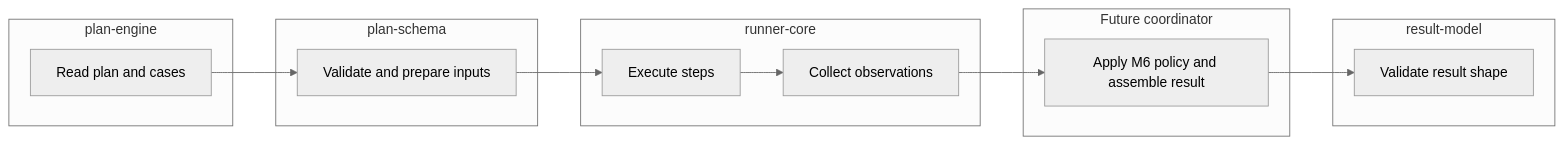
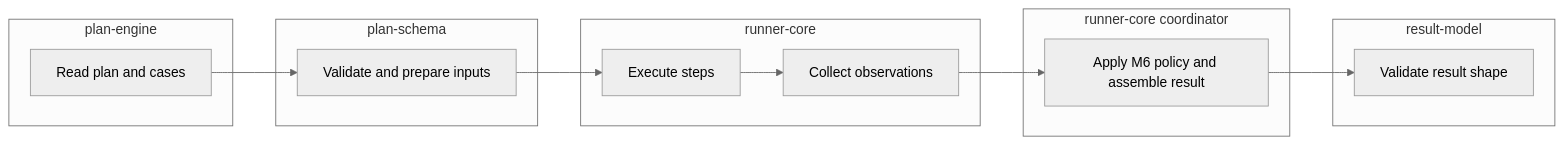
Before and after one commit to Scott-D-Hodgson/stagehand: the diagram in Learning Plan/Phase 1/Lessons/13-integration-review.md, drawn with Mermaid (neutral theme). The commit also changed other lines of this file and 8 other files, not shown here.

````diff
--- a/Learning Plan/Phase 1/Lessons/13-integration-review.md
+++ b/Learning Plan/Phase 1/Lessons/13-integration-review.md
@@ -10,22 +10,22 @@
 ```mermaid
 flowchart LR
     subgraph E[plan-engine]
         A[Read plan and cases]
     end
     subgraph S[plan-schema]
         V[Validate and prepare inputs]
     end
     subgraph R[runner-core]
         X[Execute steps] --> O[Collect observations]
     end
-    subgraph C[Future coordinator]
+    subgraph C[runner-core coordinator]
         Z[Apply M6 policy and assemble result]
     end
     subgraph M[result-model]
         Q[Validate result shape]
     end
     A --> V
     V --> X
     O --> Z
     Z --> Q
 ```
````
